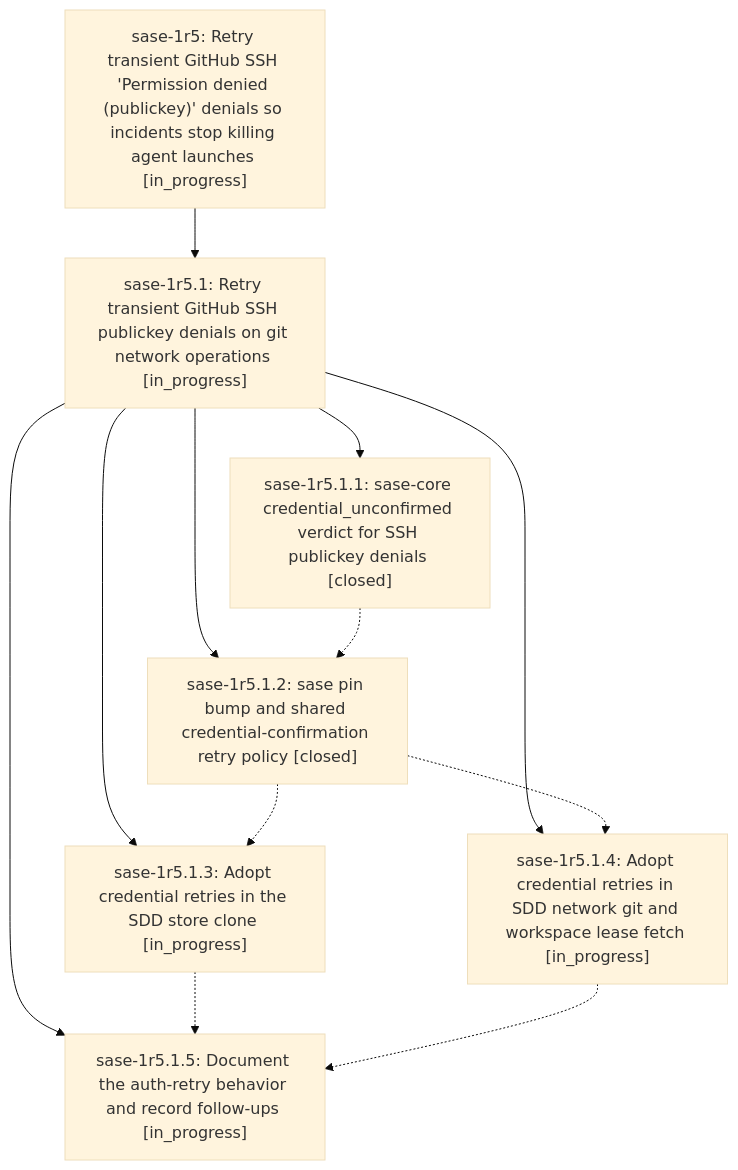
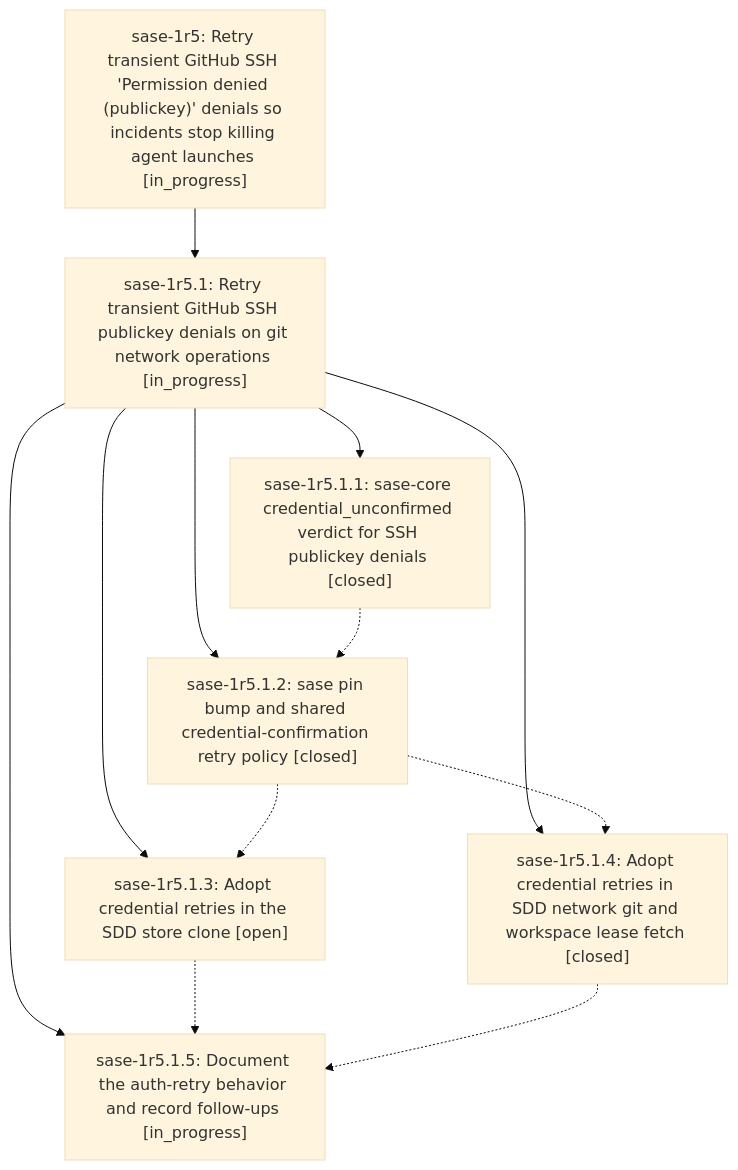
One commit to sase-org/sase--beads changed the diagram in pages/sase-1r5/README.md. Above: the diagram before and after it, drawn with Mermaid (base theme). The commit also changed other lines of this file and 4 other files, not shown here.

````diff
--- a/pages/sase-1r5/README.md
+++ b/pages/sase-1r5/README.md
@@ -105,21 +105,21 @@
 ```mermaid
 flowchart TD
     n0["sase-1r5: Retry transient GitHub SSH 'Permission denied (publickey)' denials so incidents stop killing agent launches [in_progress]"]
     n1["sase-1r5.1: Retry transient GitHub SSH publickey denials on git network operations [in_progress]"]
     n2["sase-1r5.1.1: sase-core credential_unconfirmed verdict for SSH publickey denials [closed]"]
     n3["sase-1r5.1.2: sase pin bump and shared credential-confirmation retry policy [closed]"]
-    n4["sase-1r5.1.3: Adopt credential retries in the SDD store clone [in_progress]"]
-    n5["sase-1r5.1.4: Adopt credential retries in SDD network git and workspace lease fetch [in_progress]"]
+    n4["sase-1r5.1.3: Adopt credential retries in the SDD store clone [open]"]
+    n5["sase-1r5.1.4: Adopt credential retries in SDD network git and workspace lease fetch [closed]"]
     n6["sase-1r5.1.5: Document the auth-retry behavior and record follow-ups [in_progress]"]
     n0 --> n1
     n1 --> n2
     n1 --> n3
     n1 --> n4
     n1 --> n5
     n1 --> n6
     n2 -.-> n3
     n3 -.-> n4
     n3 -.-> n5
     n4 -.-> n6
     n5 -.-> n6
 ```
````
